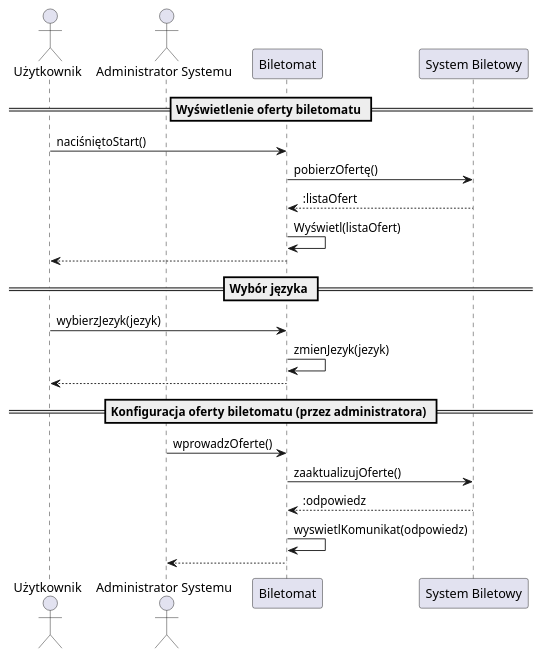
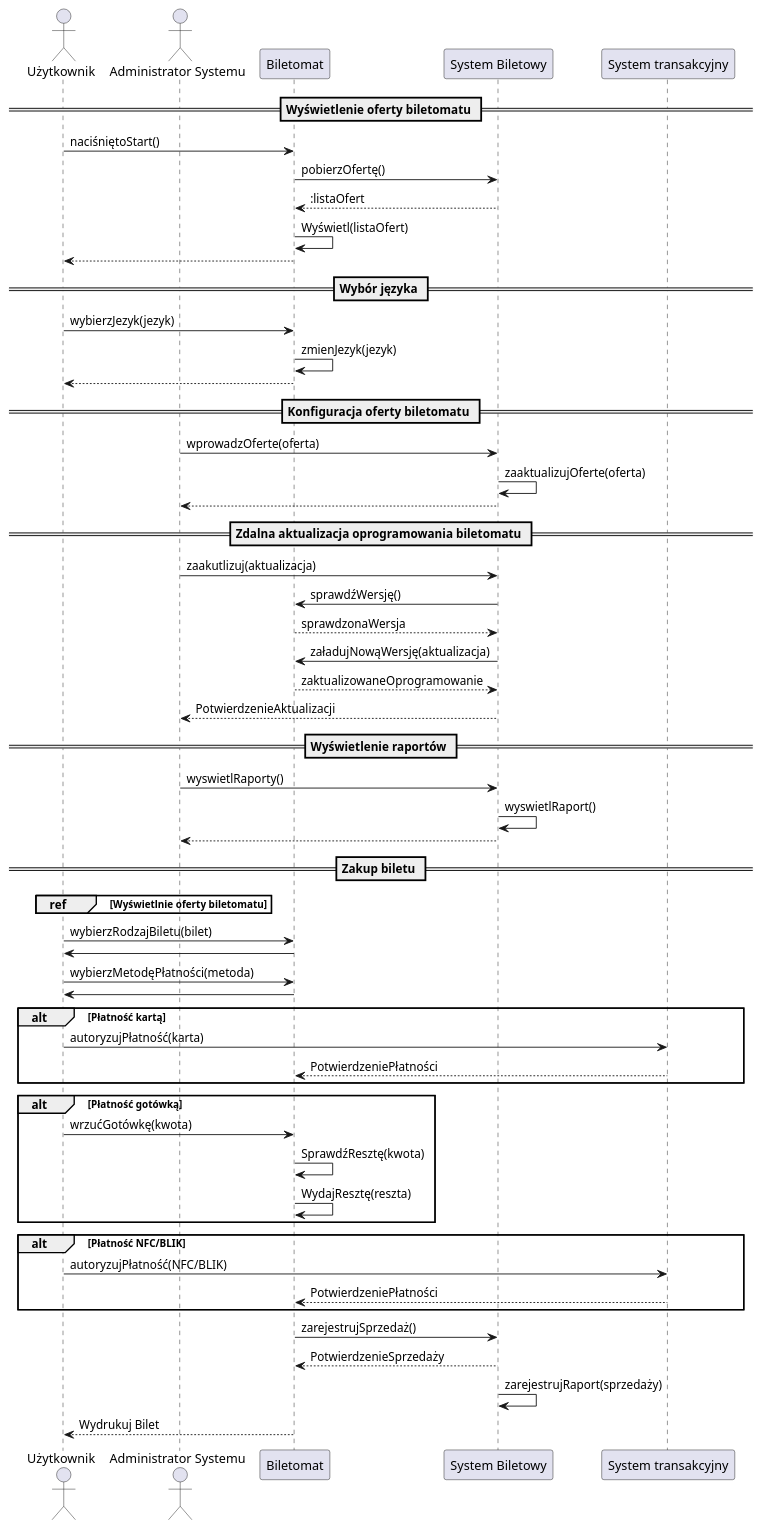
Before and after one commit to janszopa/Biletomat-ZTM: the diagram in sequenceDiagram.puml, drawn with PlantUML.

```diff
--- a/sequenceDiagram.puml
+++ b/sequenceDiagram.puml
@@ -1,28 +1,70 @@
 @startuml
 actor User as "Użytkownik"
 actor Admin as "Administrator Systemu"
 participant TicketMachine as "Biletomat"
 participant TicketSystem as "System Biletowy"
+participant PaymentSystem as "System transakcyjny"
 
 == Wyświetlenie oferty biletomatu ==
 
 User -> TicketMachine : naciśniętoStart()
 TicketMachine -> TicketSystem : pobierzOfertę()
 TicketSystem --> TicketMachine : :listaOfert
 TicketMachine -> TicketMachine : Wyświetl(listaOfert)
 TicketMachine --> User
 
 == Wybór języka ==
 
 User -> TicketMachine : wybierzJezyk(jezyk)
 TicketMachine -> TicketMachine : zmienJezyk(jezyk)
 TicketMachine --> User
 
-== Konfiguracja oferty biletomatu (przez administratora) ==
+== Konfiguracja oferty biletomatu ==
 
-Admin -> TicketMachine : wprowadzOferte()
-TicketMachine -> TicketSystem : zaaktualizujOferte()
-TicketSystem --> TicketMachine : :odpowiedz
-TicketMachine -> TicketMachine : wyswietlKomunikat(odpowiedz)
-TicketMachine --> Admin
+Admin -> TicketSystem : wprowadzOferte(oferta)
+TicketSystem -> TicketSystem : zaaktualizujOferte(oferta)
+TicketSystem --> Admin
+
+== Zdalna aktualizacja oprogramowania biletomatu ==
+
+Admin -> TicketSystem : zaakutlizuj(aktualizacja)
+TicketSystem -> TicketMachine : sprawdźWersję()
+TicketMachine --> TicketSystem : sprawdzonaWersja
+TicketSystem -> TicketMachine : załadujNowąWersję(aktualizacja)
+TicketMachine --> TicketSystem : zaktualizowaneOprogramowanie
+TicketSystem --> Admin : PotwierdzenieAktualizacji
+
+== Wyświetlenie raportów ==
+
+Admin -> TicketSystem : wyswietlRaporty()
+TicketSystem -> TicketSystem : wyswietlRaport()
+TicketSystem --> Admin 
+
+== Zakup biletu ==
+
+group ref [Wyświetlnie oferty biletomatu]
+end
+User -> TicketMachine : wybierzRodzajBiletu(bilet)
+TicketMachine -> User
+User -> TicketMachine : wybierzMetodęPłatności(metoda)
+TicketMachine -> User
+alt Płatność kartą
+    User -> PaymentSystem : autoryzujPłatność(karta)
+    PaymentSystem --> TicketMachine : PotwierdzeniePłatności
+end
+alt Płatność gotówką
+    User -> TicketMachine : wrzućGotówkę(kwota)
+    TicketMachine -> TicketMachine : SprawdźResztę(kwota)
+    TicketMachine -> TicketMachine : WydajResztę(reszta)
+end
+alt Płatność NFC/BLIK
+    User -> PaymentSystem : autoryzujPłatność(NFC/BLIK)
+    PaymentSystem --> TicketMachine : PotwierdzeniePłatności
+end
+
+TicketMachine -> TicketSystem : zarejestrujSprzedaż()
+TicketSystem --> TicketMachine : PotwierdzenieSprzedaży
+TicketSystem -> TicketSystem : zarejestrujRaport(sprzedaży)
+TicketMachine --> User : Wydrukuj Bilet
+
 @enduml
```
